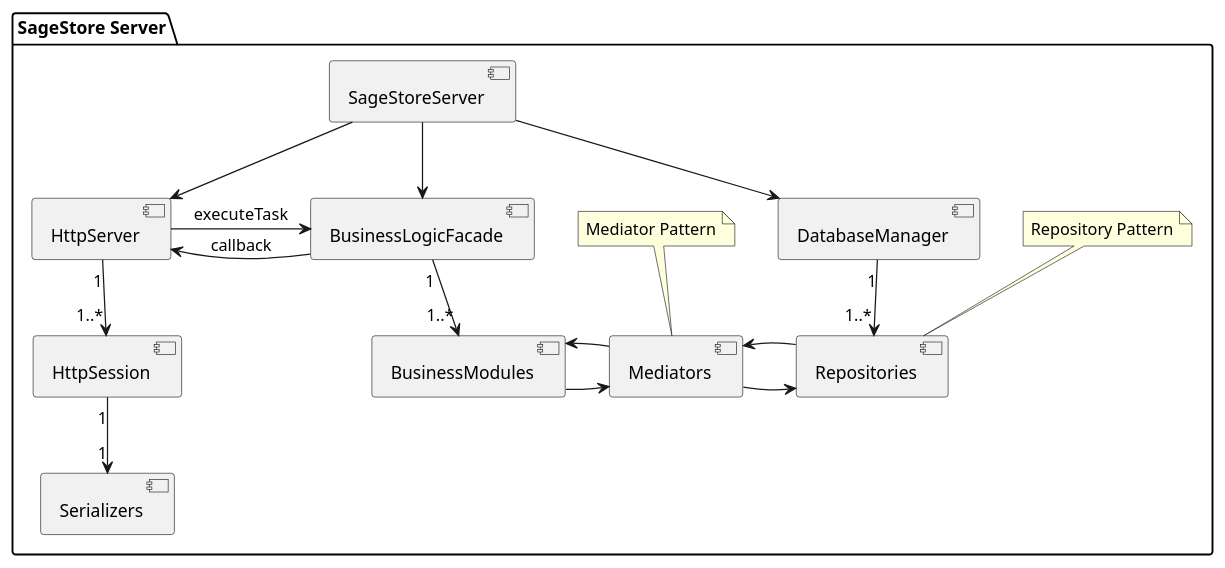
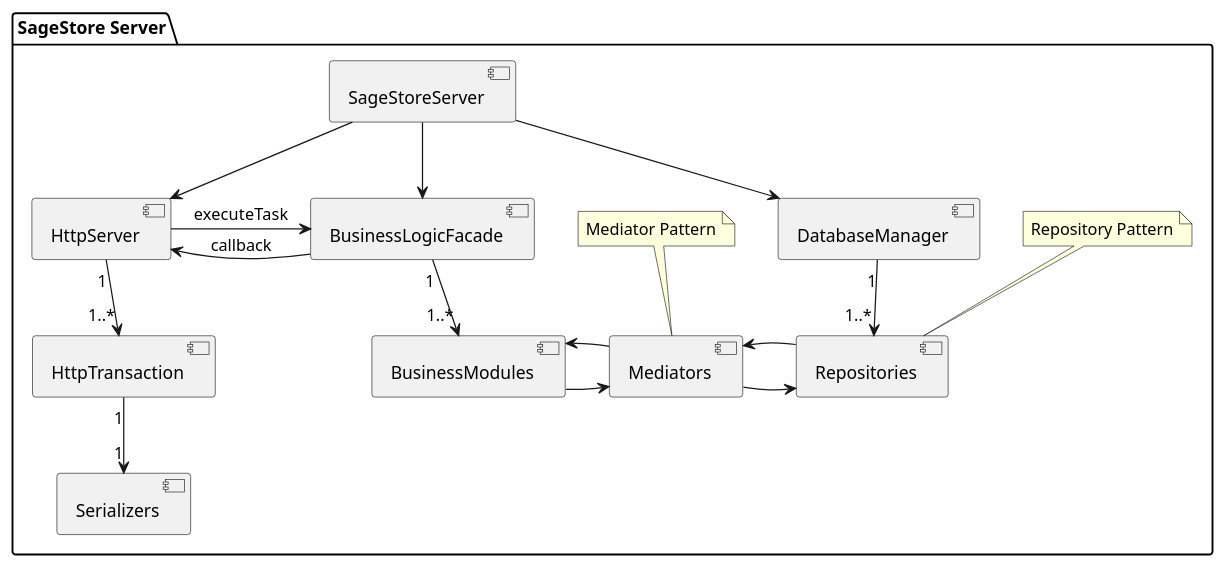
Before and after one commit to Sage-Cat/SageStore: the diagram in docs/server/plantuml/Server_Design.puml, drawn with PlantUML. The commit also changed 24 other files, not shown here.

```diff
--- a/docs/server/plantuml/Server_Design.puml
+++ b/docs/server/plantuml/Server_Design.puml
@@ -1,41 +1,41 @@
 @startuml
 skinparam componentStyle uml2
 
 package "SageStore Server" {
     [SageStoreServer] as SSS 
     [HttpServer] as HSer 
-    [HttpSession] as HSes 
+    [HttpTransaction] as HSes 
     [Serializers] as S 
     [BusinessLogicFacade] as BLF 
     [BusinessModules] as BM 
     [Mediators] as M 
     [DatabaseManager] as DM
     [Repositories] as R  
 
     SSS -down-> HSer 
     SSS -down-> BLF 
     SSS -down-> DM
 
     HSer -right-> BLF : "executeTask"
     HSer <-right- BLF : "callback"
 
     HSer "1"-down->"1..*" HSes
     HSes "1"-down->"1" S 
 
     BLF "1"-down->"1..*" BM
 
     DM "1"-down->"1..*" R 
 
     BM -right-> M
     BM <-right- M 
     M -right-> R 
     M <-right- R
 
     note "Mediator Pattern" as MediatorNote
     MediatorNote .. M
 
     note "Repository Pattern" as RepoNote
     RepoNote .. R
 }
 
 @enduml
```
